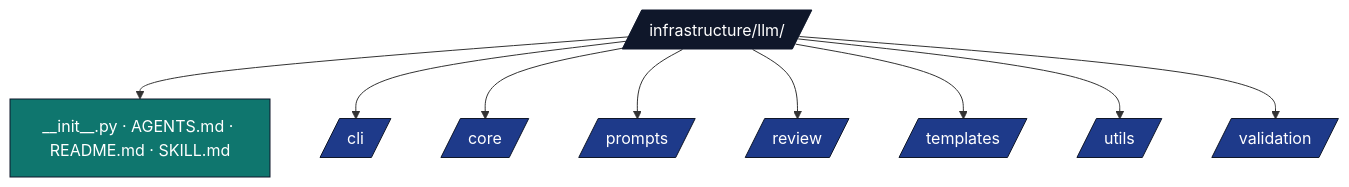
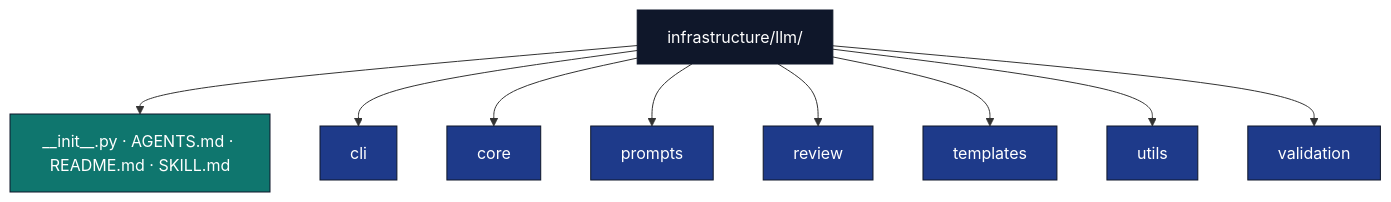
Before and after one commit to docxology/template: the diagram in infrastructure/llm/AGENTS.md, drawn with Mermaid. The commit also changed 94 other files, not shown here.

````diff
--- a/infrastructure/llm/AGENTS.md
+++ b/infrastructure/llm/AGENTS.md
@@ -9,19 +9,19 @@
 ```mermaid
 flowchart TB
-    LLM[/infrastructure/llm//]
+    LLM[infrastructure/llm/]
     LLM --> META[__init__.py · AGENTS.md · README.md · SKILL.md]
-    LLM --> CLI[/cli/]
-    LLM --> CORE[/core/]
-    LLM --> PROMPTS[/prompts/]
-    LLM --> REVIEW[/review/]
-    LLM --> TEMPLATES[/templates/]
-    LLM --> UTILS[/utils/]
-    LLM --> VAL[/validation/]
+    LLM --> CLI[cli]
+    LLM --> CORE[core]
+    LLM --> PROMPTS[prompts]
+    LLM --> REVIEW[review]
+    LLM --> TEMPLATES[templates]
+    LLM --> UTILS[utils]
+    LLM --> VAL[validation]
 
     classDef d fill:#0f172a,stroke:#0f172a,color:#fff
     classDef pkg fill:#1e3a8a,stroke:#0f172a,color:#fff
     classDef meta fill:#0f766e,stroke:#0f172a,color:#fff
     class LLM d
     class CLI,CORE,PROMPTS,REVIEW,TEMPLATES,UTILS,VAL pkg
     class META meta
 ```
````
